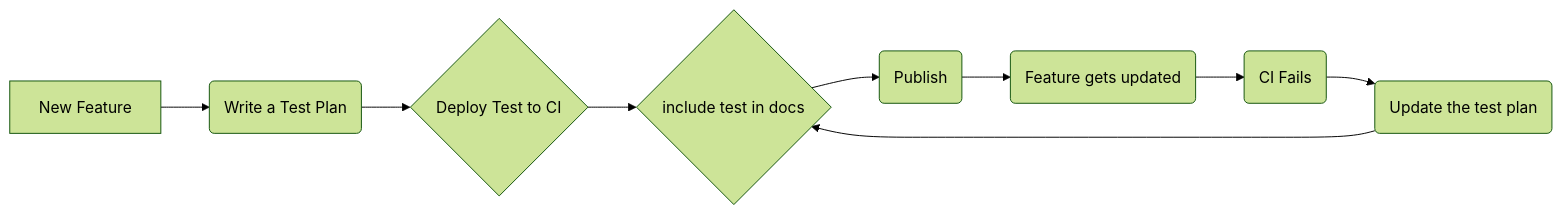
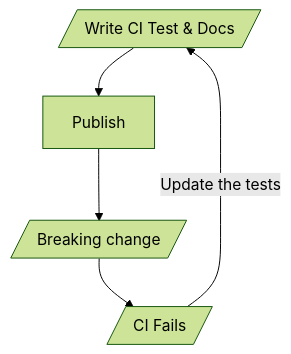
The second of 2 diagrams in README.md (DanRoscigno/SingleSourceCodeTestingAndDocs), drawn with Mermaid (forest theme) before and after one commit. The commit also changed other lines of this file, not shown here.

````diff
--- a/README.md
+++ b/README.md
@@ -20,11 +29,9 @@
 ```mermaid
-flowchart LR
+flowchart TD
 
-A[New Feature] --> 
-C(Write a Test Plan)--> 
-E{Deploy Test to CI} --> 
-G{include test in docs} -->
-J(Publish) -->
-M(Feature gets updated) -->
-P(CI Fails) --> R(Update the test plan) -->G
+C[/Write CI Test & Docs/]--> 
+J[Publish] -->
+M[/Breaking change/] -->
+P[/CI Fails/] -- Update the tests -->C
+C
 ```
````
